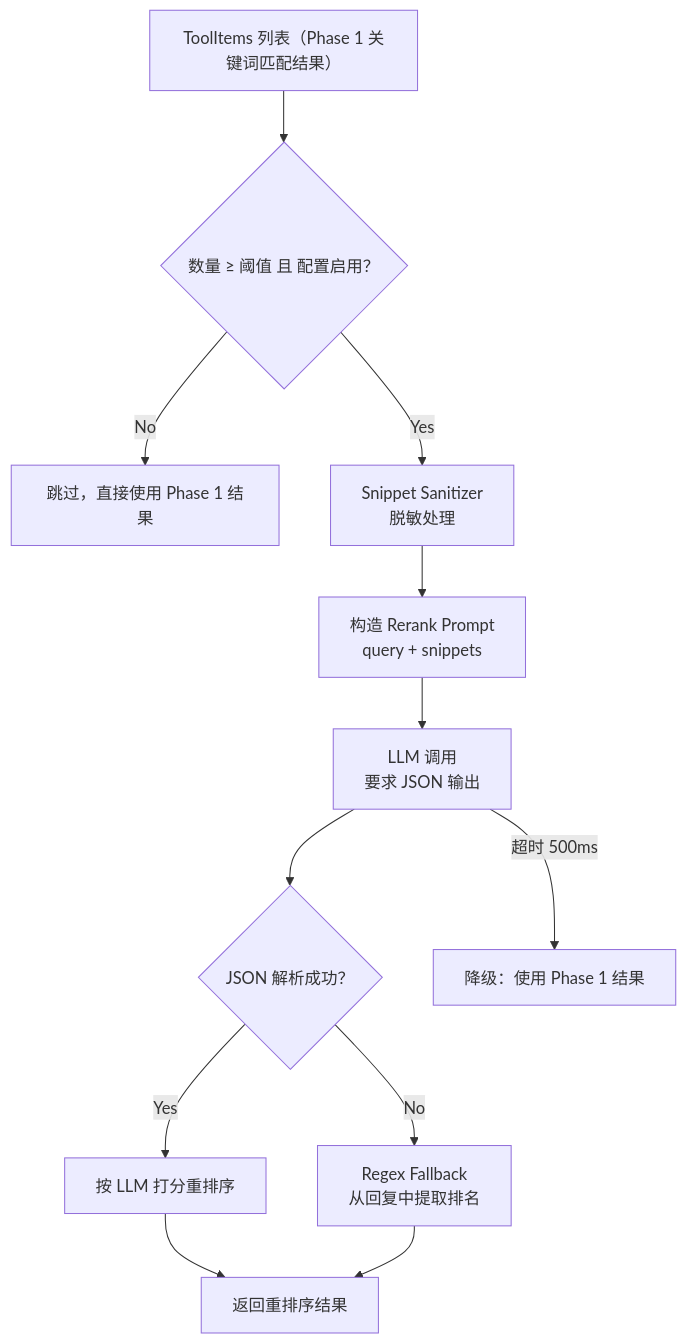
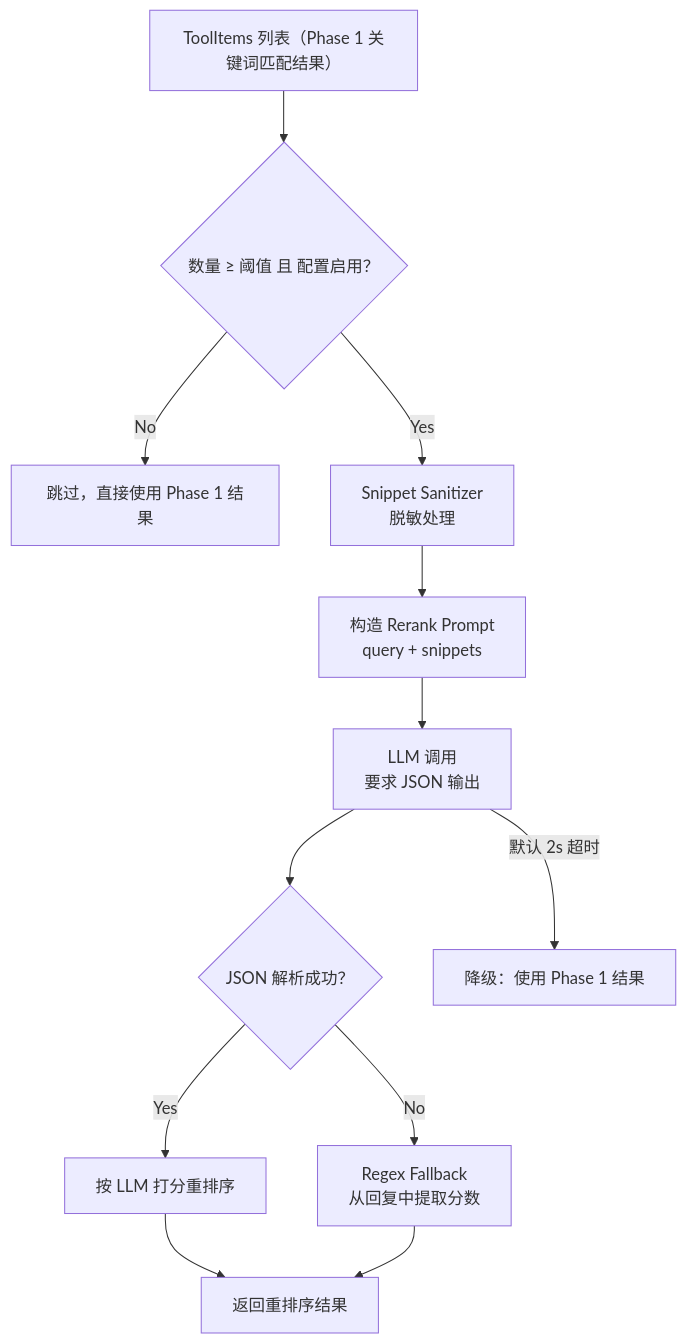
Before and after one commit to ZhangJYe/OpsCaptain: the fourth of 11 diagrams in Learn/tutorial/05-ContextEngine.md, drawn with Mermaid. The commit also changed other lines of this file and 10 other files, not shown here.

````diff
--- a/Learn/tutorial/05-ContextEngine.md
+++ b/Learn/tutorial/05-ContextEngine.md
@@ -313,14 +313,14 @@
 ```mermaid
 graph TD
     A["ToolItems 列表（Phase 1 关键词匹配结果）"] --> B{"数量 ≥ 阈值 且 配置启用？"}
     B -->|No| C["跳过，直接使用 Phase 1 结果"]
     B -->|Yes| D["Snippet Sanitizer<br/>脱敏处理"]
     D --> E["构造 Rerank Prompt<br/>query + snippets"]
     E --> F["LLM 调用<br/>要求 JSON 输出"]
     F --> G{"JSON 解析成功？"}
     G -->|Yes| H["按 LLM 打分重排序"]
-    G -->|No| I["Regex Fallback<br/>从回复中提取排名"]
+    G -->|No| I["Regex Fallback<br/>从回复中提取分数"]
     H --> J["返回重排序结果"]
     I --> J
-    F -->|超时 500ms| K["降级：使用 Phase 1 结果"]
+    F -->|默认 2s 超时| K["降级：使用 Phase 1 结果"]
 ```
````
